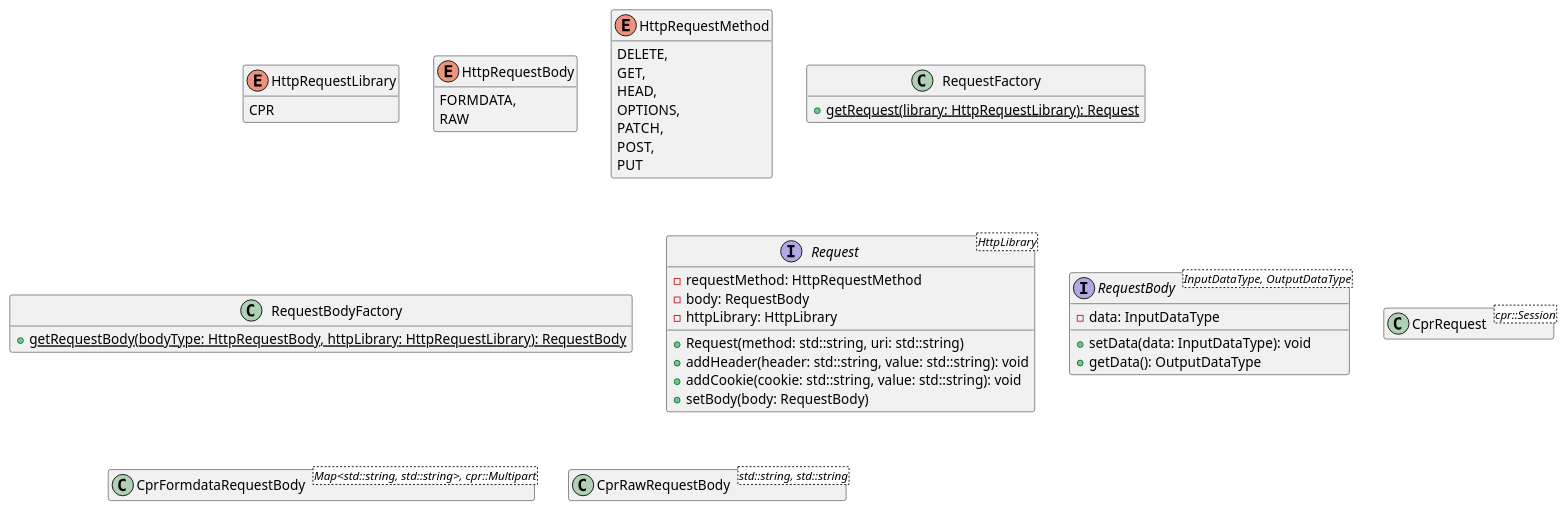
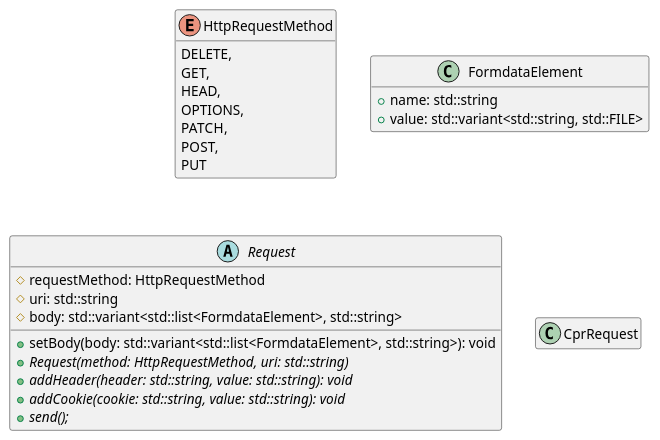
The diagram in docs/diagrams/classes.puml (xarbit/getit), drawn with PlantUML before and after one commit. The commit also changed 10 other files, not shown here.

Commit message:
Refactor class diagram

```diff
--- a/docs/diagrams/classes.puml
+++ b/docs/diagrams/classes.puml
@@ -1,69 +1,36 @@
 @startuml Classes
-
-enum HttpRequestLibrary {
-    CPR
-}
-hide HttpRequestLibrary methods
-
-enum HttpRequestBody {
-    FORMDATA,
-    RAW
-}
-hide HttpRequestBody methods
 
 enum HttpRequestMethod {
     DELETE,
     GET,
     HEAD,
     OPTIONS,
     PATCH,
     POST,
     PUT
 }
 hide HttpRequestMethod methods
 
-class RequestFactory {
-    + {static} getRequest(library: HttpRequestLibrary): Request
+class FormdataElement {
+    + name: std::string
+    + value: std::variant<std::string, std::FILE>
 }
-hide RequestFactory fields
+hide FormdataElement methods
 
-class RequestBodyFactory {
-    + {static} getRequestBody(bodyType: HttpRequestBody, httpLibrary: HttpRequestLibrary): RequestBody
-}
-hide RequestBodyFactory fields
+abstract class Request {
+    # requestMethod: HttpRequestMethod
+    # uri: std::string
+    # body: std::variant<std::list<FormdataElement>, std::string>
 
-interface Request<HttpLibrary> {
-    ' Members
-    - requestMethod: HttpRequestMethod
-    - body: RequestBody
-    - httpLibrary: HttpLibrary
-
-    ' Methods
-    + Request(method: std::string, uri: std::string)
-    + addHeader(header: std::string, value: std::string): void
-    + addCookie(cookie: std::string, value: std::string): void
-    + setBody(body: RequestBody)
+    + setBody(body: std::variant<std::list<FormdataElement>, std::string>): void
+    + {abstract} Request(method: HttpRequestMethod, uri: std::string)
+    + {abstract} addHeader(header: std::string, value: std::string): void
+    + {abstract} addCookie(cookie: std::string, value: std::string): void
+    + {abstract} send();
 }
 
-interface RequestBody<InputDataType, OutputDataType> {
-    ' Members
-    - data: InputDataType
-
-    ' Methods
-    + setData(data: InputDataType): void
-    + getData(): OutputDataType
-}
-
-class CprRequest<cpr::Session>
+class CprRequest
 hide CprRequest fields
 hide CprRequest methods
 
-class CprFormdataRequestBody<Map<std::string, std::string>, cpr::Multipart>
-hide CprFormdataRequestBody fields
-hide CprFormdataRequestBody methods
-
-class CprRawRequestBody<std::string, std::string>
-hide CprRawRequestBody fields
-hide CprRawRequestBody methods
-
 @enduml
```
